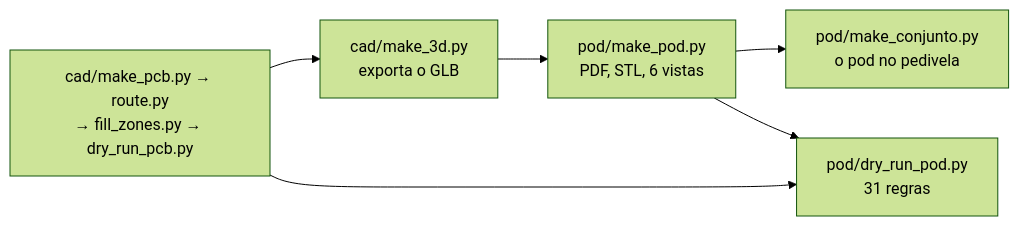
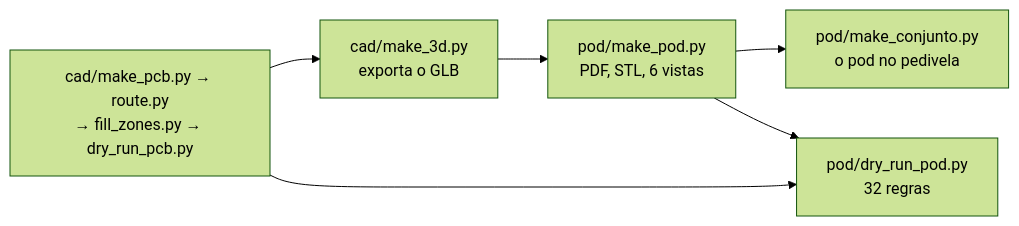
The first of 2 diagrams in hardware_powermeter/pod/README.md (Guiimartinho/bike-powermeter), drawn with Mermaid (forest theme) before and after one commit. The commit also changed other lines of this file and 38 other files, not shown here.

````diff
--- a/hardware_powermeter/pod/README.md
+++ b/hardware_powermeter/pod/README.md
@@ -24,8 +24,8 @@
 ```mermaid
 flowchart LR
     PCB["cad/make_pcb.py → route.py<br/>→ fill_zones.py → dry_run_pcb.py"] --> GLB["cad/make_3d.py<br/>exporta o GLB"]
     GLB --> POD["pod/make_pod.py<br/>PDF, STL, 6 vistas"]
-    PCB --> DRY["pod/dry_run_pod.py<br/>31 regras"]
+    PCB --> DRY["pod/dry_run_pod.py<br/>32 regras"]
     POD --> CONJ["pod/make_conjunto.py<br/>o pod no pedivela"]
     POD --> DRY
 ```
````
